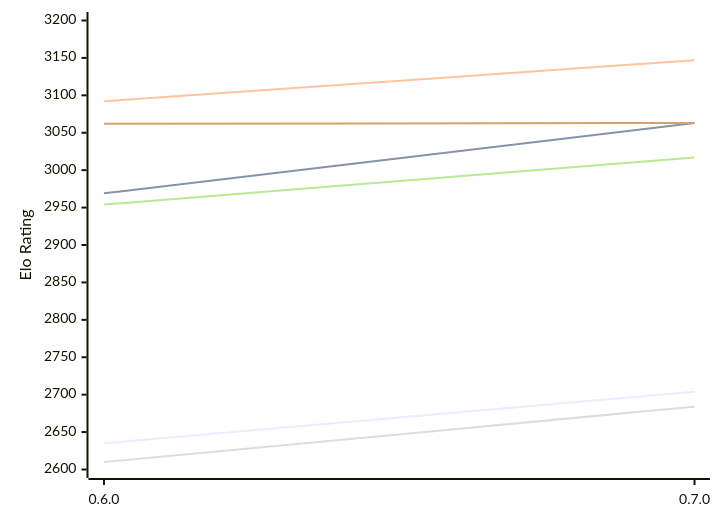
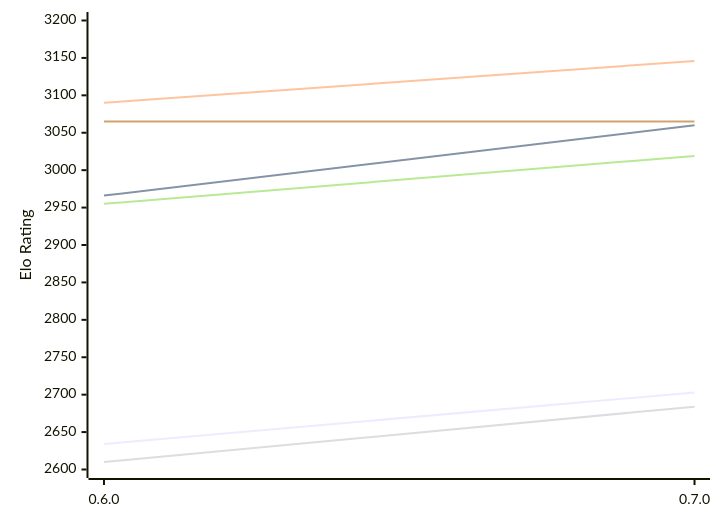
One commit to computer-chess-index/cci changed the first of 2 diagrams in engines/AteNika.md. Above: the diagram before and after it, drawn with Mermaid. The commit also changed other lines of this file, not shown here.

Commit message:
Update CCI Ratings (ELO VLTC) - 2026-11-28

````diff
--- a/engines/AteNika.md
+++ b/engines/AteNika.md
@@ -52,12 +52,12 @@
 ```mermaid
 %%{init: {"theme":"base","themeVariables":{"seriesColors:['#a3a3a3','#222221','#faa371']}}}%%
 xychart-beta
   x-axis ["0.6.0", "0.7.0"]
   y-axis "Elo Rating" 2600 --> 3200
-  line "E1: STC (8.0+0.08s)" [2635, 2704]
-  line "E1: LTC (60.0+0.60s)" [2969, 3063]
-  line "E1: VLTC (2m24s+1.12s)" [3092, 3147]
+  line "E1: STC (8.0+0.08s)" [2634, 2703]
+  line "E1: LTC (60.0+0.60s)" [2966, 3060]
+  line "E1: VLTC (2m24s+1.12s)" [3090, 3146]
   line "P1: STC (8.0+0.08s)" [2610, 2684]
-  line "P1: LTC (60.0+0.60s)" [2954, 3017]
-  line "P1: VLTC (2m24s+1.12s)" [3062, 3063]
+  line "P1: LTC (60.0+0.60s)" [2955, 3019]
+  line "P1: VLTC (2m24s+1.12s)" [3065, 3065]
 ```
````
